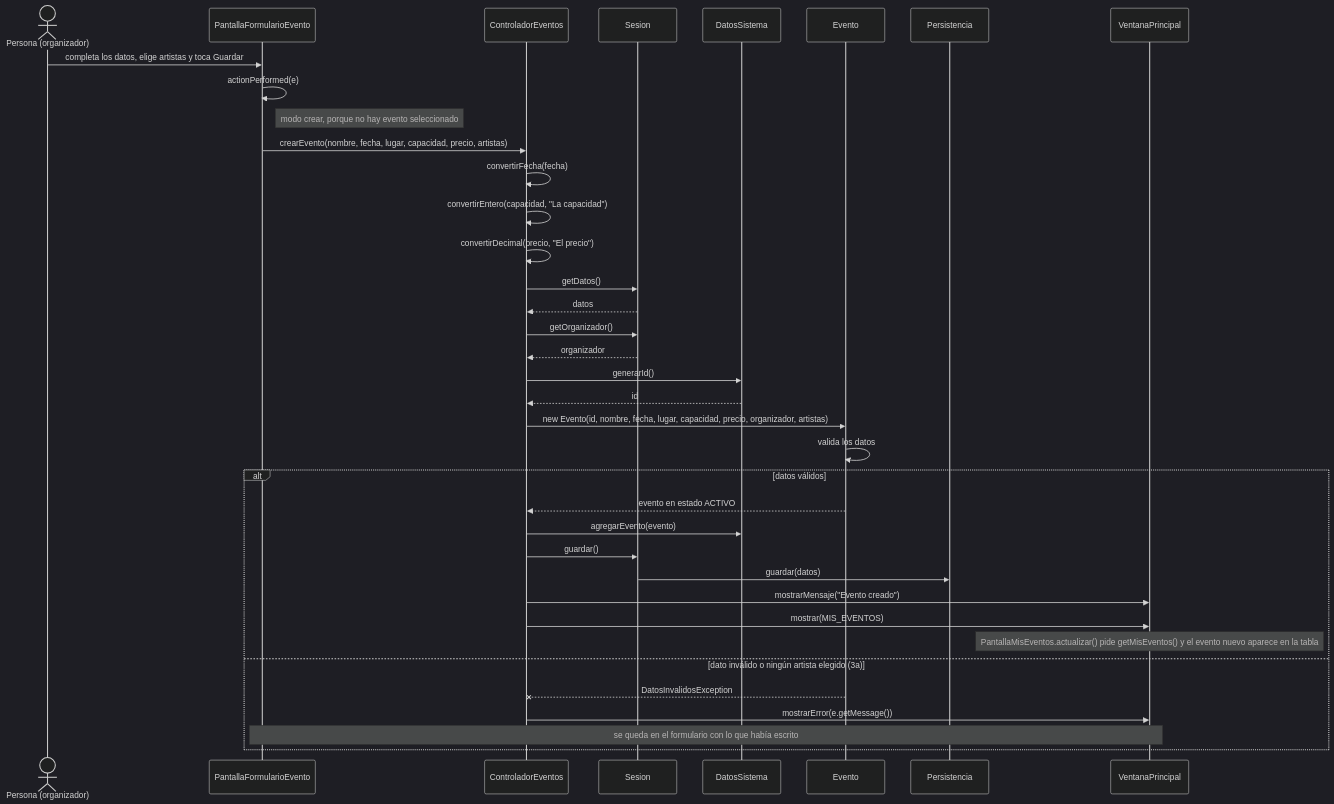
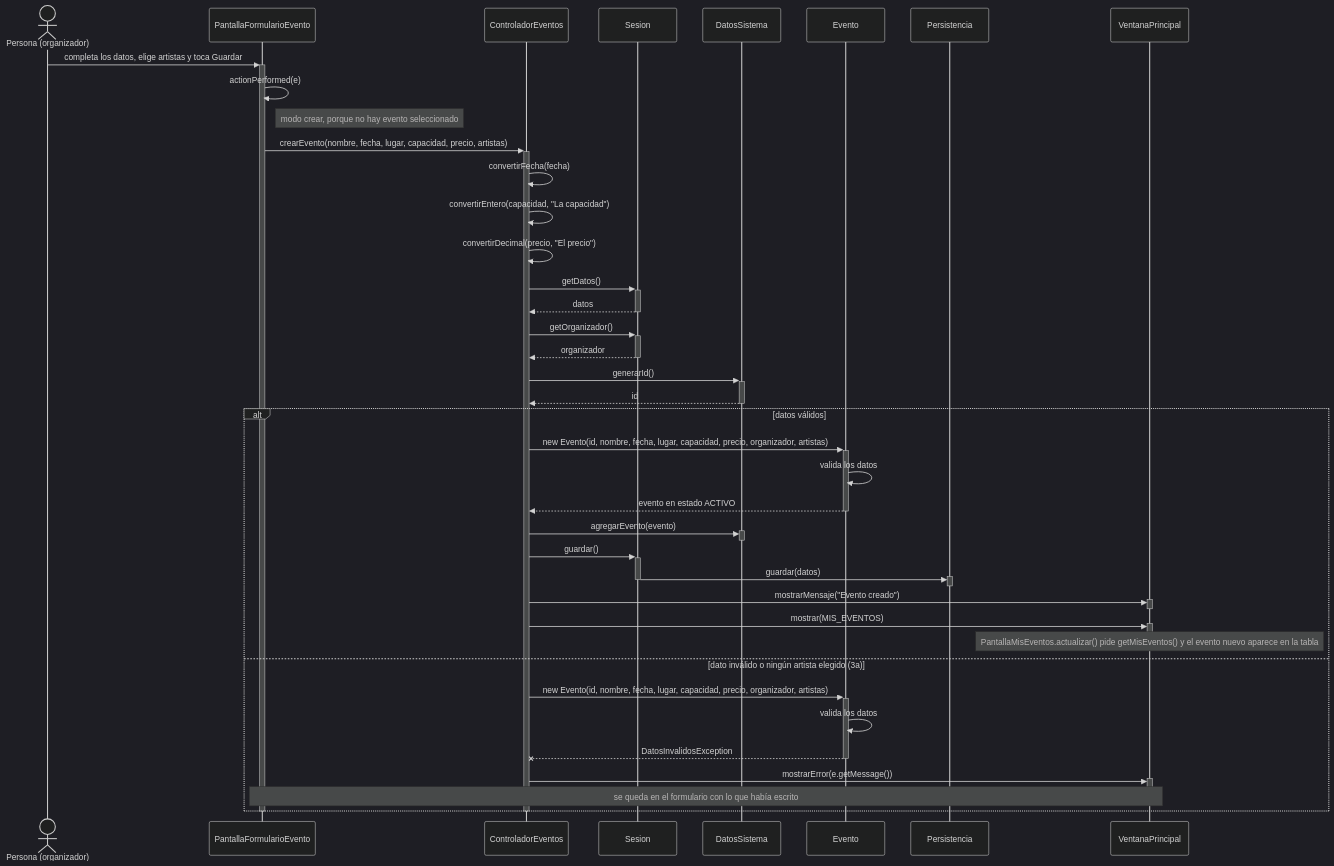
Before and after one commit to AgustinSimonenco/gestion-eventos-musicales: the diagram in docs/diseno/secuencias/CU03-crear-evento.md, drawn with Mermaid (dark theme). The commit also changed 12 other files, not shown here.

First line of the commit message:
Agregar barras de activación a todos los diagramas de secuencia

````diff
--- a/docs/diseno/secuencias/CU03-crear-evento.md
+++ b/docs/diseno/secuencias/CU03-crear-evento.md
@@ -9,40 +9,50 @@
 ```mermaid
 sequenceDiagram
     actor O as Persona (organizador)
     participant P as PantallaFormularioEvento
     participant C as ControladorEventos
     participant S as Sesion
     participant D as DatosSistema
     participant E as Evento
     participant PE as Persistencia
     participant V as VentanaPrincipal
 
-    O->>P: completa los datos, elige artistas y toca Guardar
+    O->>+P: completa los datos, elige artistas y toca Guardar
     P->>P: actionPerformed(e)
     Note right of P: modo crear, porque no hay evento seleccionado
-    P->>C: crearEvento(nombre, fecha, lugar, capacidad, precio, artistas)
+    P->>+C: crearEvento(nombre, fecha, lugar, capacidad, precio, artistas)
     C->>C: convertirFecha(fecha)
     C->>C: convertirEntero(capacidad, "La capacidad")
     C->>C: convertirDecimal(precio, "El precio")
-    C->>S: getDatos()
-    S-->>C: datos
-    C->>S: getOrganizador()
-    S-->>C: organizador
-    C->>D: generarId()
-    D-->>C: id
-    C->>E: new Evento(id, nombre, fecha, lugar, capacidad, precio, organizador, artistas)
-    E->>E: valida los datos
+    C->>+S: getDatos()
+    S-->>-C: datos
+    C->>+S: getOrganizador()
+    S-->>-C: organizador
+    C->>+D: generarId()
+    D-->>-C: id
     alt datos válidos
-        E-->>C: evento en estado ACTIVO
-        C->>D: agregarEvento(evento)
-        C->>S: guardar()
-        S->>PE: guardar(datos)
-        C->>V: mostrarMensaje("Evento creado")
-        C->>V: mostrar(MIS_EVENTOS)
+        C->>+E: new Evento(id, nombre, fecha, lugar, capacidad, precio, organizador, artistas)
+        E->>E: valida los datos
+        E-->>-C: evento en estado ACTIVO
+        C->>+D: agregarEvento(evento)
+        deactivate D
+        C->>+S: guardar()
+        S->>+PE: guardar(datos)
+        deactivate PE
+        deactivate S
+        C->>+V: mostrarMensaje("Evento creado")
+        deactivate V
+        C->>+V: mostrar(MIS_EVENTOS)
+        deactivate V
         Note over V: PantallaMisEventos.actualizar() pide getMisEventos() y el evento nuevo aparece en la tabla
     else dato inválido o ningún artista elegido (3a)
-        E--xC: DatosInvalidosException
-        C->>V: mostrarError(e.getMessage())
+        C->>+E: new Evento(id, nombre, fecha, lugar, capacidad, precio, organizador, artistas)
+        E->>E: valida los datos
+        E--x-C: DatosInvalidosException
+        C->>+V: mostrarError(e.getMessage())
+        deactivate V
         Note over P,V: se queda en el formulario con lo que había escrito
     end
+    deactivate C
+    deactivate P
 ```
````
